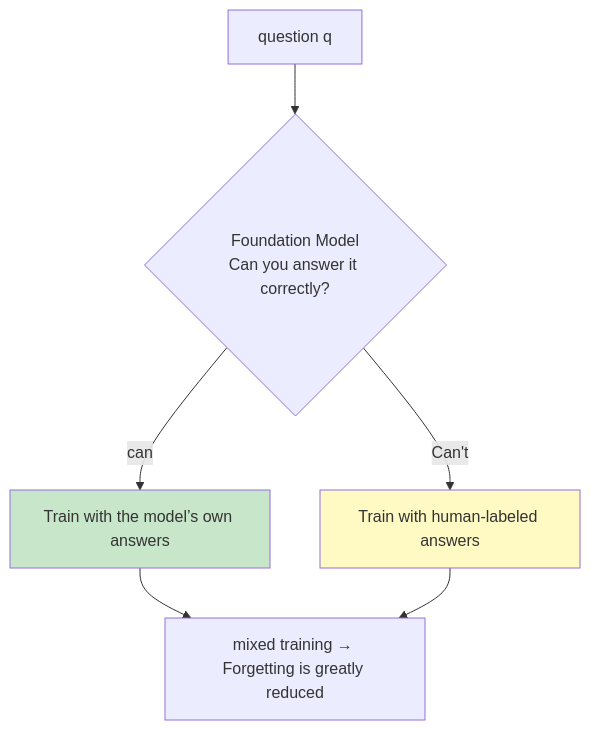
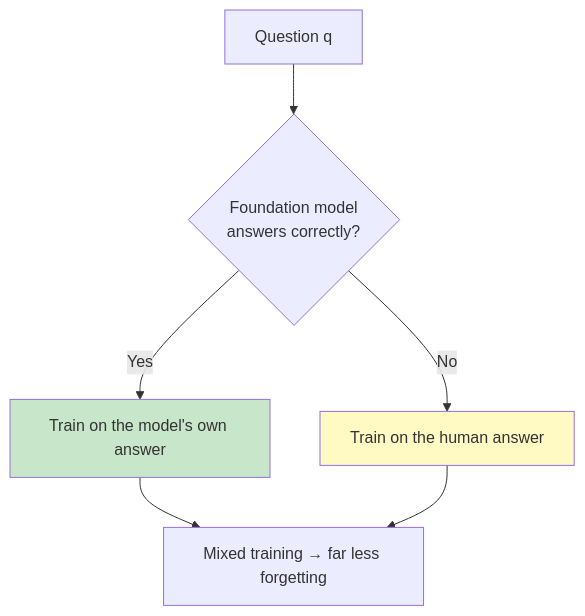
The seventh of 29 diagrams in _translations/en/research/LLM-Training-Survey.md (TingdeLiu/tingdeliu.github.io), drawn with Mermaid before and after one commit. The commit also changed other lines of this file and 2 other files, not shown here.

First line of the commit message:
docs(llm-survey): polish English edition and add evolution timeline

````diff
--- a/_translations/en/research/LLM-Training-Survey.md
+++ b/_translations/en/research/LLM-Training-Survey.md
@@ -2238,11 +2256,11 @@
 ```mermaid
 flowchart TD
-    A["question q"] --> B{"Foundation Model<br/>Can you answer it correctly?"}
-    B -->|can| C["Train with the model’s own answers"]
-    B -->|Can't| D["Train with human-labeled answers"]
-    C --> E["mixed training → Forgetting is greatly reduced"]
+    A["Question q"] --> B{"Foundation model<br/>answers correctly?"}
+    B -->|Yes| C["Train on the model's own answer"]
+    B -->|No| D["Train on the human answer"]
+    C --> E["Mixed training → far less forgetting"]
     D --> E
 
     style C fill:#c8e6c9
     style D fill:#fff9c4
 ```
````
